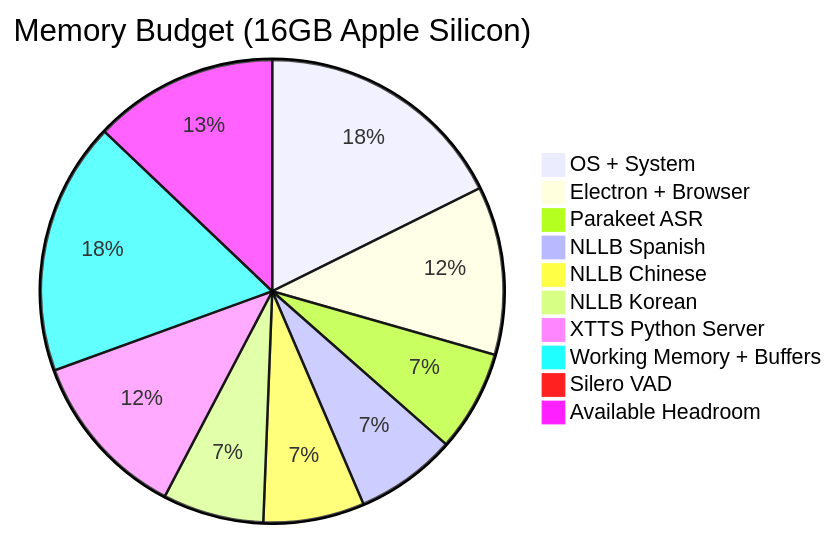
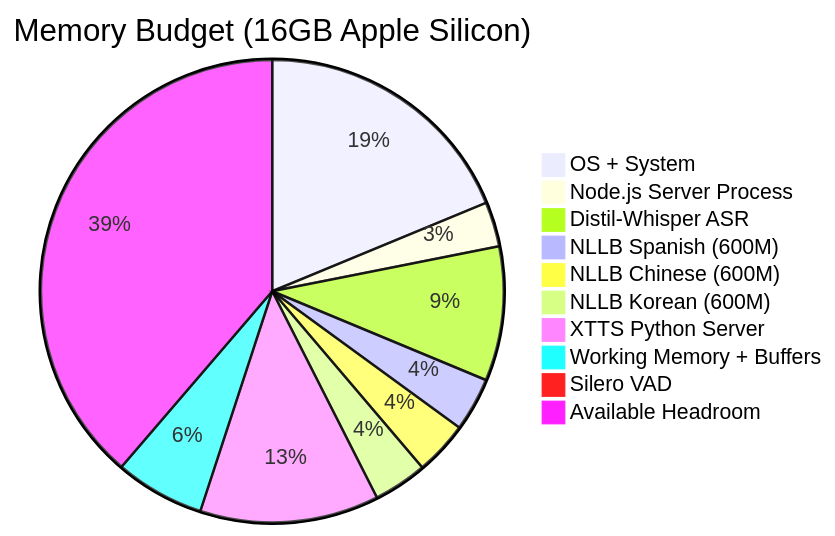
Before and after one commit to naturally-translate/voice-bridge: the seventh of 17 diagrams in plans/project-plan.md, drawn with Mermaid. The commit also changed other lines of this file, not shown here.

````diff
--- a/plans/project-plan.md
+++ b/plans/project-plan.md
@@ -450,13 +457,13 @@
 ```mermaid
 pie title Memory Budget (16GB Apple Silicon)
     "OS + System" : 3000
-    "Electron + Browser" : 2000
-    "Parakeet ASR" : 1200
-    "NLLB Spanish" : 1200
-    "NLLB Chinese" : 1200
-    "NLLB Korean" : 1200
+    "Node.js Server Process" : 500
+    "Distil-Whisper ASR" : 1500
+    "NLLB Spanish (600M)" : 600
+    "NLLB Chinese (600M)" : 600
+    "NLLB Korean (600M)" : 600
     "XTTS Python Server" : 2000
-    "Working Memory + Buffers" : 3000
+    "Working Memory + Buffers" : 1000
     "Silero VAD" : 10
-    "Available Headroom" : 2190
+    "Available Headroom" : 6190
 ```
````
